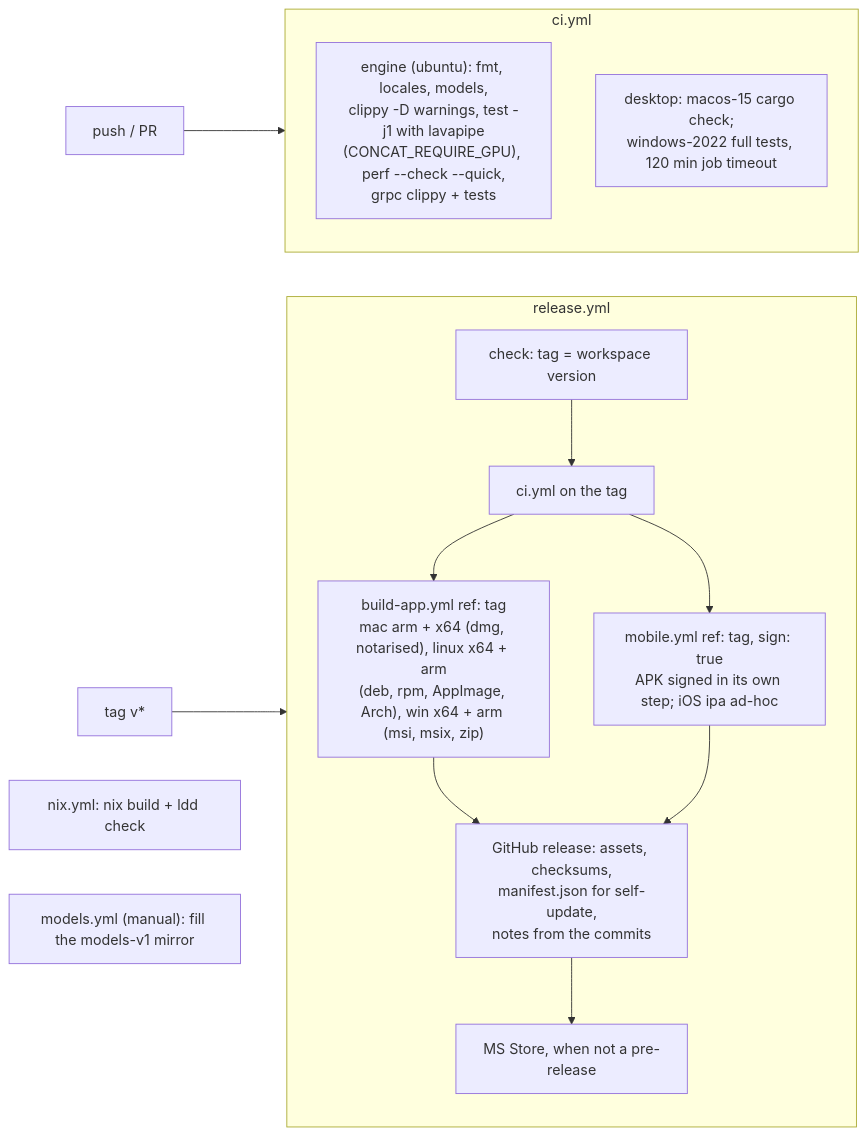
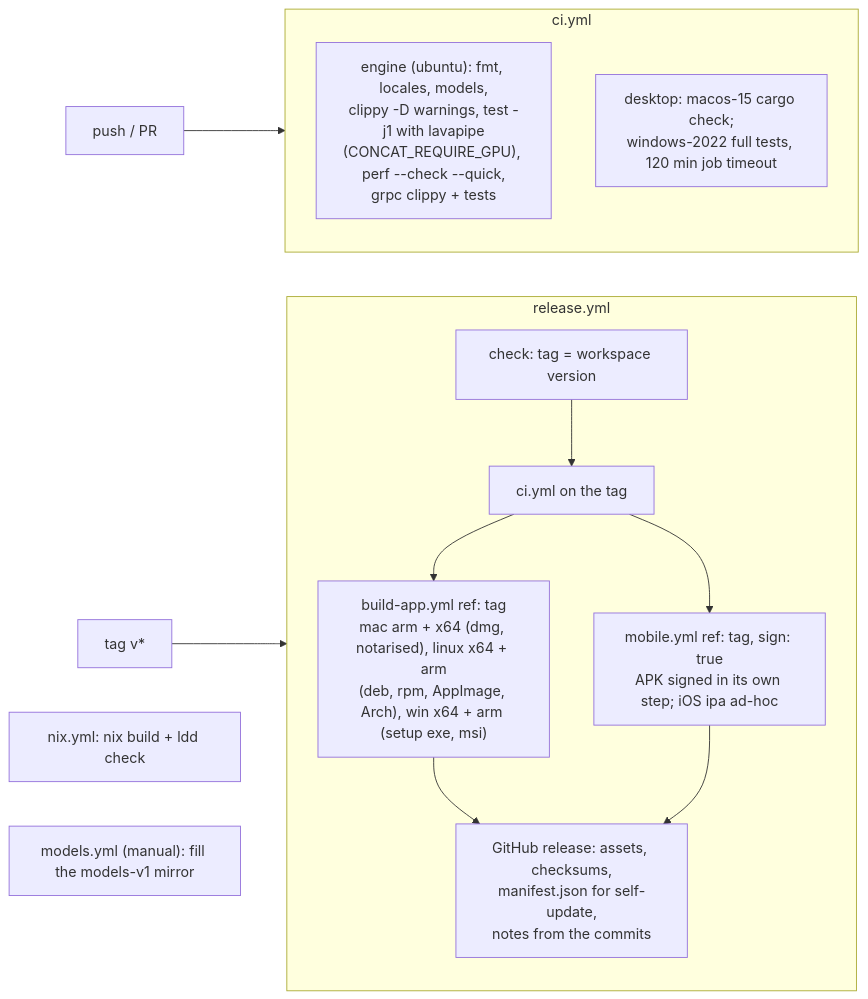
Before and after one commit to jub0t/Concat: diagram 12 of 12 in ARCHITECTURE.md, drawn with Mermaid. The commit also changed other lines of this file and 17 other files, not shown here.

````diff
--- a/ARCHITECTURE.md
+++ b/ARCHITECTURE.md
@@ -538,21 +542,20 @@
 ```mermaid
 flowchart LR
     push["push / PR"] --> ci
     subgraph ci["ci.yml"]
         engine["engine (ubuntu): fmt, locales, models,<br/>clippy -D warnings, test -j1 with lavapipe<br/>(CONCAT_REQUIRE_GPU), perf --check --quick,<br/>grpc clippy + tests"]
         desktop["desktop: macos-15 cargo check;<br/>windows-2022 full tests, 120 min job timeout"]
     end
     tag["tag v*"] --> rel
     subgraph rel["release.yml"]
         check["check: tag = workspace version"]
         gate["ci.yml on the tag"]
-        build["build-app.yml ref: tag<br/>mac arm + x64 (dmg, notarised), linux x64 + arm<br/>(deb, rpm, AppImage, Arch), win x64 + arm (msi, msix, zip)"]
+        build["build-app.yml ref: tag<br/>mac arm + x64 (dmg, notarised), linux x64 + arm<br/>(deb, rpm, AppImage, Arch), win x64 + arm (setup exe, msi)"]
         phones["mobile.yml ref: tag, sign: true<br/>APK signed in its own step; iOS ipa ad-hoc"]
         publish["GitHub release: assets, checksums,<br/>manifest.json for self-update,<br/>notes from the commits"]
-        store["MS Store, when not a pre-release"]
-        check --> gate --> build --> publish --> store
+        check --> gate --> build --> publish
         gate --> phones --> publish
     end
     nix["nix.yml: nix build + ldd check"]
     models["models.yml (manual): fill the models-v1 mirror"]
 ```
````
